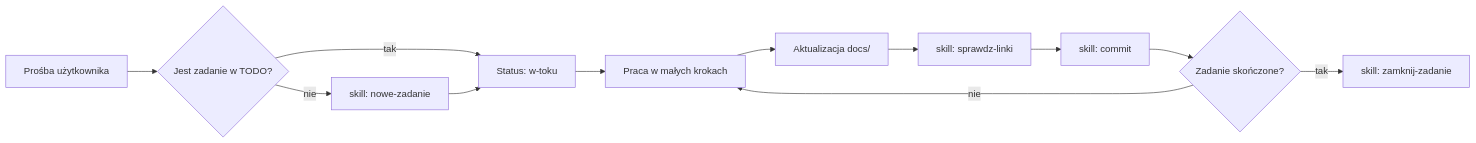
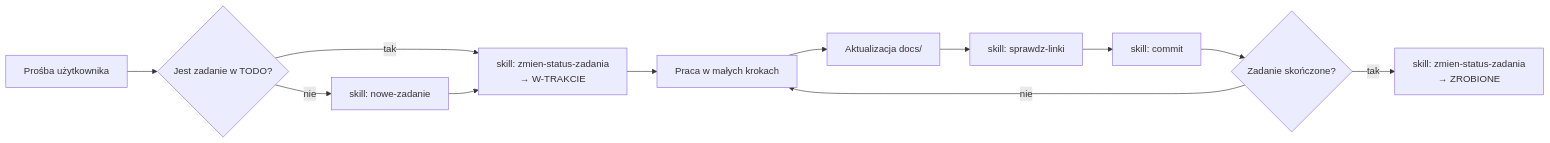
One commit to DragonKing026/DK-Tracker-Linux changed the diagram in AGENTS.md. Above: the diagram before and after it, drawn with Mermaid. The commit also changed other lines of this file, not shown here.

Commit message:
docs: foldery statusów TODO (DO-ZROBIENIA/W-TRAKCIE/ZROBIONE) — AGENTS

````diff
--- a/AGENTS.md
+++ b/AGENTS.md
@@ -112,14 +115,14 @@
 ```mermaid
 flowchart LR
     A[Prośba użytkownika] --> B{Jest zadanie w TODO?}
     B -- nie --> C[skill: nowe-zadanie]
-    B -- tak --> D[Status: w-toku]
+    B -- tak --> D[skill: zmien-status-zadania<br/>→ W-TRAKCIE]
     C --> D
     D --> E[Praca w małych krokach]
     E --> F[Aktualizacja docs/]
     F --> L[skill: sprawdz-linki]
     L --> G[skill: commit]
     G --> H{Zadanie skończone?}
     H -- nie --> E
-    H -- tak --> I[skill: zamknij-zadanie]
+    H -- tak --> I[skill: zmien-status-zadania<br/>→ ZROBIONE]
 ```
````
